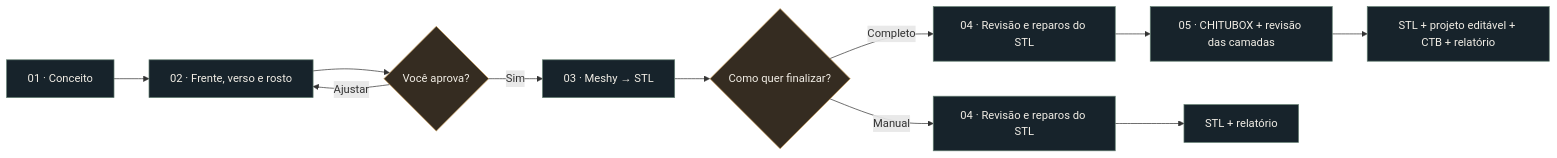
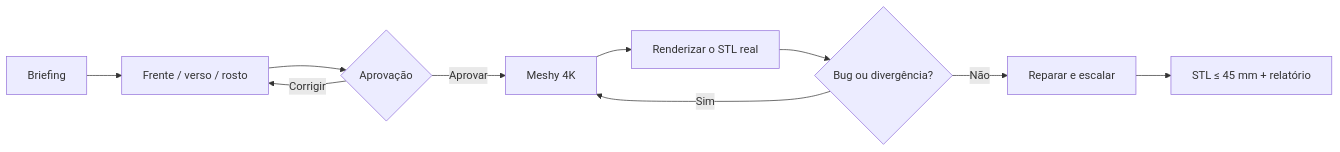
The diagram in README.md (eep0x10/critforge), drawn with Mermaid before and after one commit. The commit also changed other lines of this file and 17 other files, not shown here.

````diff
--- a/README.md
+++ b/README.md
@@ -34,17 +25,12 @@
 ```mermaid
 flowchart LR
-    A["01 · Conceito"] --> B["02 · Frente, verso e rosto"]
-    B --> C{"Você aprova?"}
-    C -->|Ajustar| B
-    C -->|Sim| D["03 · Meshy → STL"]
-    D --> E{"Como quer finalizar?"}
-    E -->|Manual| F["04 · Revisão e reparos do STL"]
-    E -->|Completo| G["04 · Revisão e reparos do STL"]
-    G --> H["05 · CHITUBOX + revisão das camadas"]
-    F --> I["STL + relatório"]
-    H --> J["STL + projeto editável + CTB + relatório"]
-    classDef step fill:#17232b,stroke:#627d70,color:#f2eee6
-    classDef gate fill:#352c21,stroke:#c89b57,color:#f2eee6
-    class A,B,D,F,G,H,I,J step
-    class C,E gate
+    A[Briefing] --> B[Frente / verso / rosto]
+    B --> C{Aprovação}
+    C -->|Corrigir| B
+    C -->|Aprovar| D[Meshy 4K]
+    D --> E[Renderizar o STL real]
+    E --> F{Bug ou divergência?}
+    F -->|Sim| D
+    F -->|Não| G[Reparar e escalar]
+    G --> H[STL ≤ 45 mm + relatório]
 ```
````
